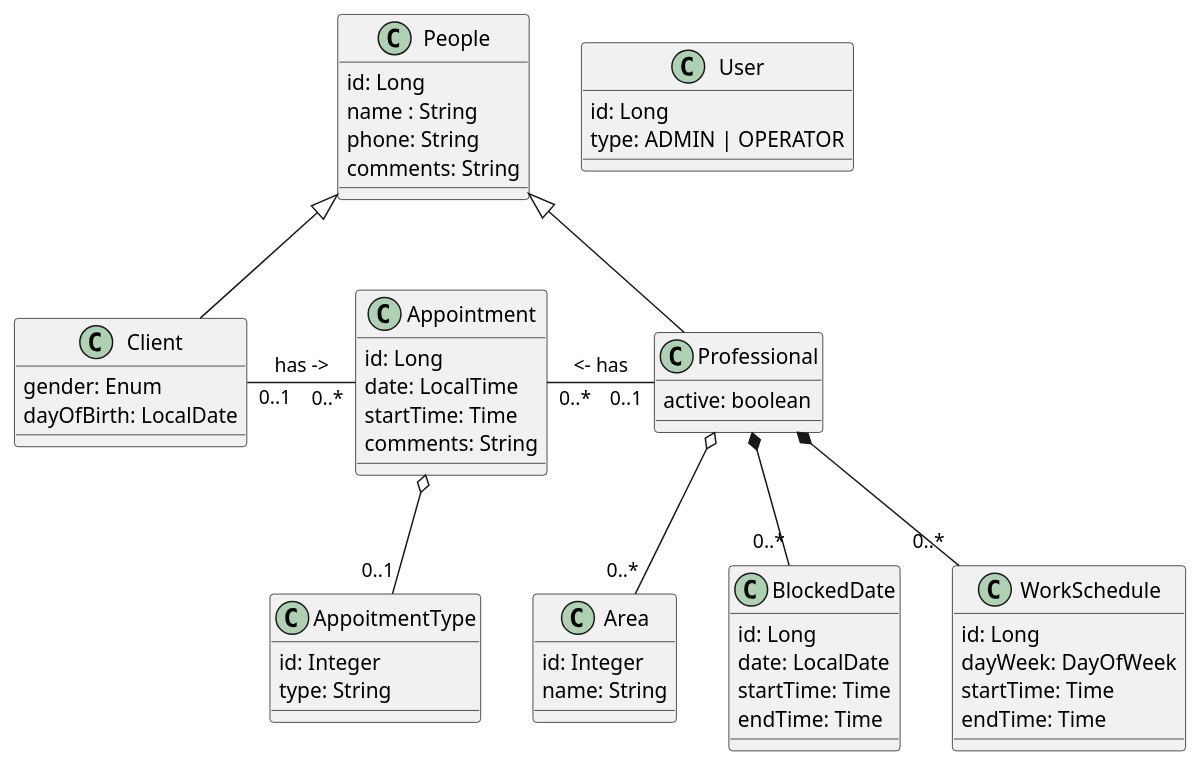
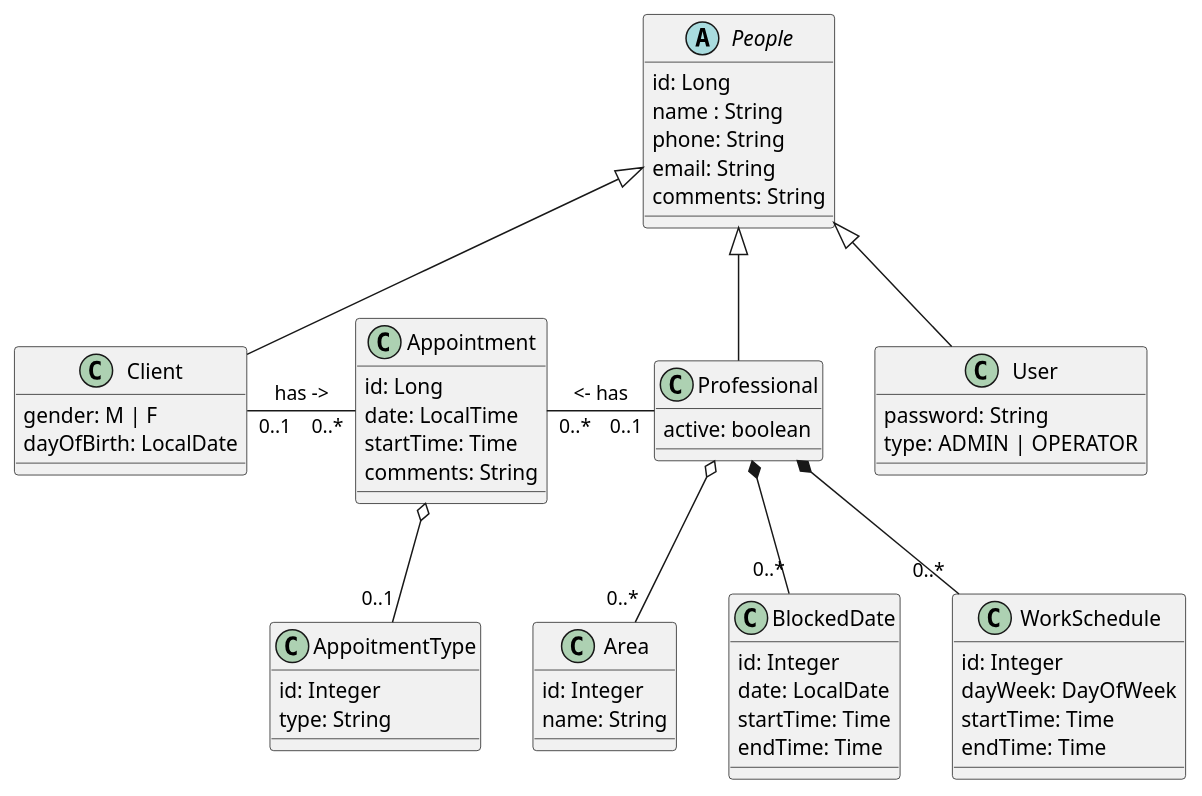
One commit to glaucotodesco/bootcamp-agenda changed the diagram in docs/classes.puml. Above: the diagram before and after it, drawn with PlantUML. The commit also changed 1 other file, not shown here.

```diff
--- a/docs/classes.puml
+++ b/docs/classes.puml
@@ -1,68 +1,72 @@
 @startuml "Modelo conceitual"
 
-class People {
+abstract class People {
     id: Long
     name : String
     phone: String
+    email: String
     comments: String
 }
 
 class Professional {
     active: boolean    
 }
 
 class Client {
-    gender: Enum
+    gender: M | F
     dayOfBirth: LocalDate
 }
 
 
 'private or health insurance
 class AppoitmentType {
     id: Integer
     type: String
 }
 
 class WorkSchedule {
-    id: Long
+    id: Integer
     dayWeek: DayOfWeek
     startTime: Time
     endTime: Time
 }
 
 class Area {
     id: Integer
     name: String
 }
 
 class Appointment {
     id: Long
     date: LocalTime
     startTime: Time
     comments: String
 }
 
 class BlockedDate {
-    id: Long
+    id: Integer
     date: LocalDate
     startTime: Time
     endTime: Time
 }
 
 class User {
-    id: Long
+    password: String
     type: ADMIN | OPERATOR
+
 }
 
 People              <|--            Client
 People              <|--            Professional
+People              <|--            User
 Professional        o--     "0..*"  Area
 Professional        *--     "0..*"  WorkSchedule
 Professional        *--     "0..*"  BlockedDate
 Appointment         o--     "0..1"  AppoitmentType
 Appointment "0..*"  -l-     "0..1"  Client            : has ->
 Appointment "0..*"  -r-     "0..1"  Professional      : <- has  
 
 
 
+
 @enduml
```
